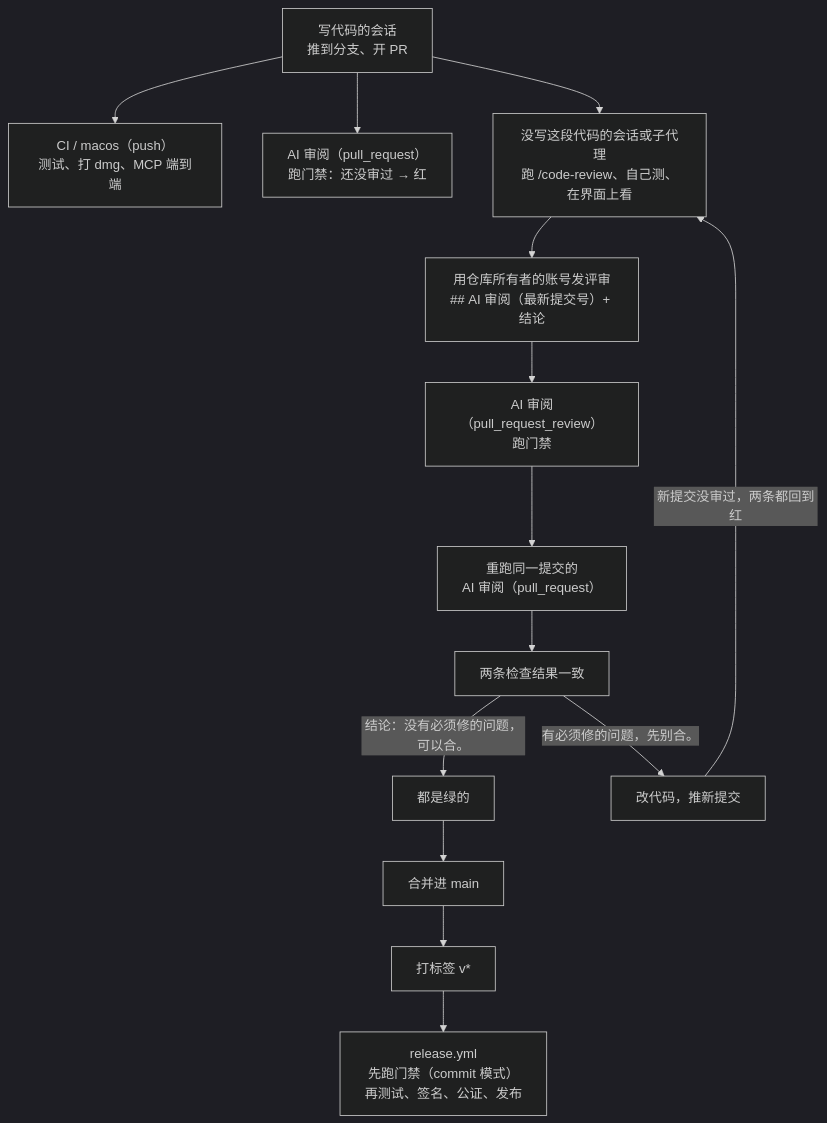
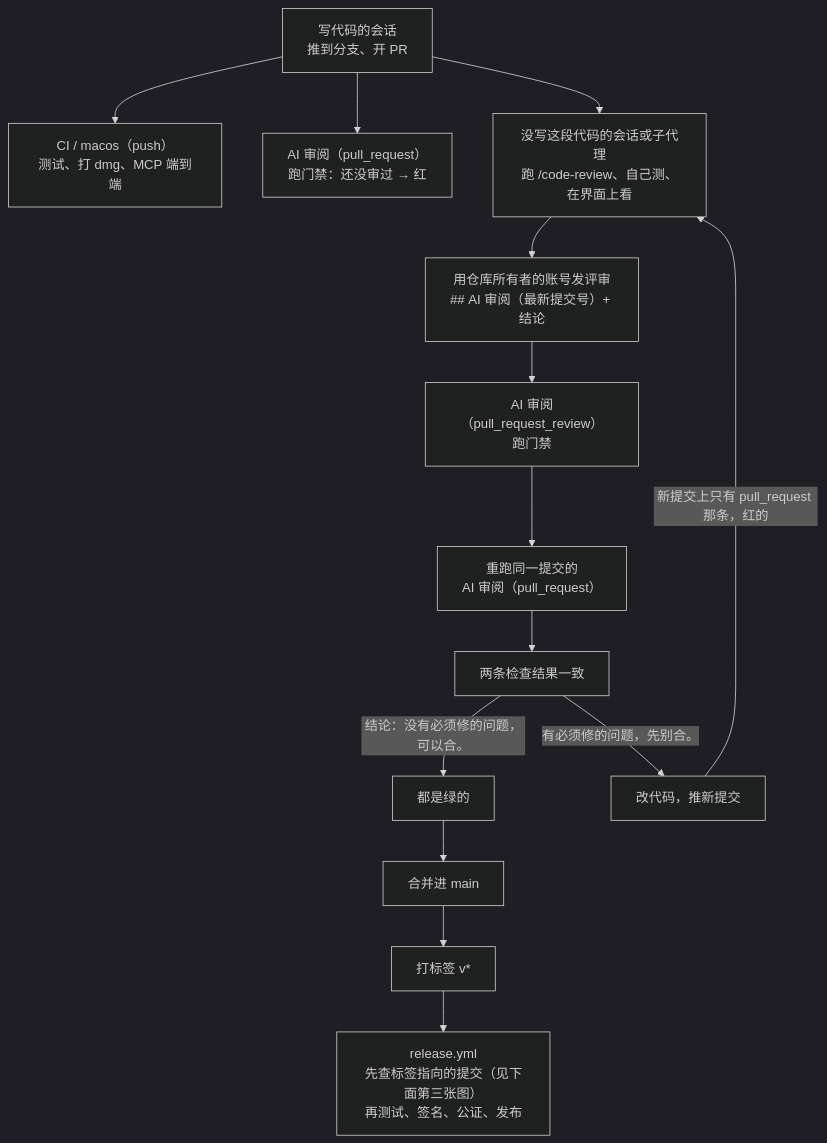
The first of 3 diagrams in docs/ai-review-flow.md (chunbin1/health-trail), drawn with Mermaid (dark theme) before and after one commit. The commit also changed other lines of this file and 2 other files, not shown here.

Commit message:
发布时钉公证票据失败会重试；AI 审阅重跑那一步按审阅改两处；流程图措辞按审阅改准
- Makefile：stapler staple 最多试 5 次、间隔 20 秒。v1.4.1 发布时给 .app 钉票据断了网（The network connection was lost），整个发布失败
- ai-review.yml：重跑那一步改成 !cancelled()，被更新的审阅取消的那次不再去抢着重跑；gh run watch 最多等 3 分钟，不会把 5 分钟的 job 拖到超时
- docs/ai-review-flow.md：推了新提交后只有 pull_request 那一条；两条只在跑完后一致；发布第一步按标签类型分两种；格式不对的评审不一定是红的

````diff
--- a/docs/ai-review-flow.md
+++ b/docs/ai-review-flow.md
@@ -7,16 +7,16 @@
 ```mermaid
 flowchart TD
     A["写代码的会话<br/>推到分支、开 PR"] --> CI["CI / macos（push）<br/>测试、打 dmg、MCP 端到端"]
     A --> G1["AI 审阅（pull_request）<br/>跑门禁：还没审过 → 红"]
     A --> R["没写这段代码的会话或子代理<br/>跑 /code-review、自己测、在界面上看"]
     R --> P["用仓库所有者的账号发评审<br/>## AI 审阅（最新提交号）+ 结论"]
     P --> G2["AI 审阅（pull_request_review）<br/>跑门禁"]
     G2 --> RR["重跑同一提交的<br/>AI 审阅（pull_request）"]
     RR --> SAME["两条检查结果一致"]
     SAME -->|"结论：没有必须修的问题，可以合。"| OK["都是绿的"]
     SAME -->|"有必须修的问题，先别合。"| FIX["改代码，推新提交"]
-    FIX -->|"新提交没审过，两条都回到红"| R
+    FIX -->|"新提交上只有 pull_request 那条，红的"| R
     OK --> M["合并进 main"]
     M --> T["打标签 v*"]
-    T --> REL["release.yml<br/>先跑门禁（commit 模式）<br/>再测试、签名、公证、发布"]
+    T --> REL["release.yml<br/>先查标签指向的提交（见下面第三张图）<br/>再测试、签名、公证、发布"]
 ```
````
